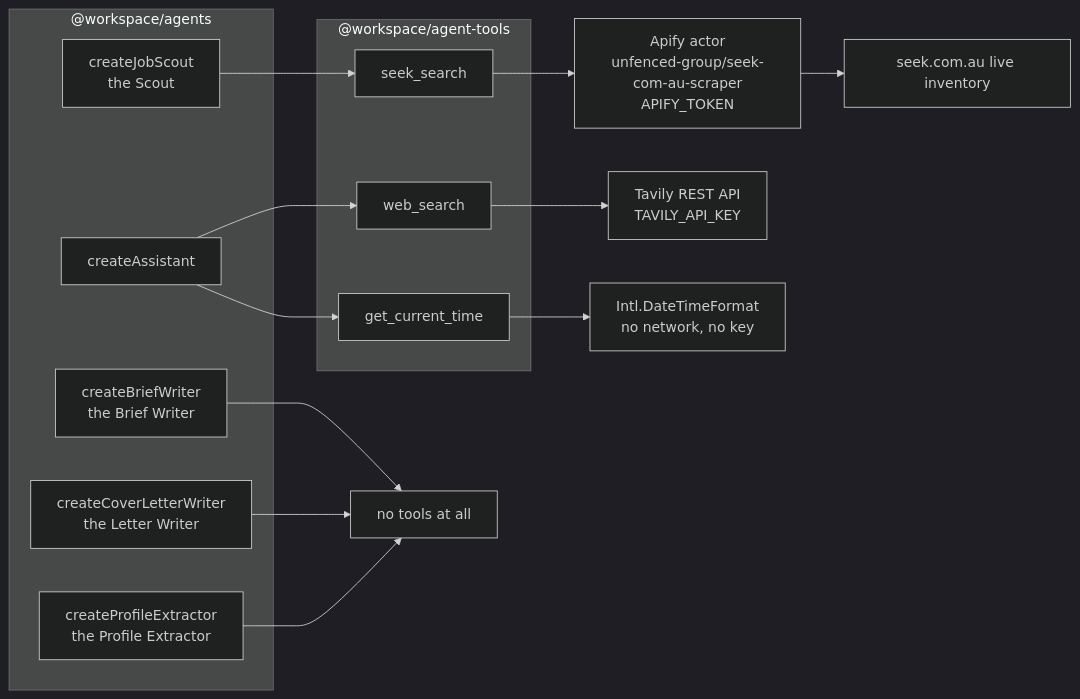
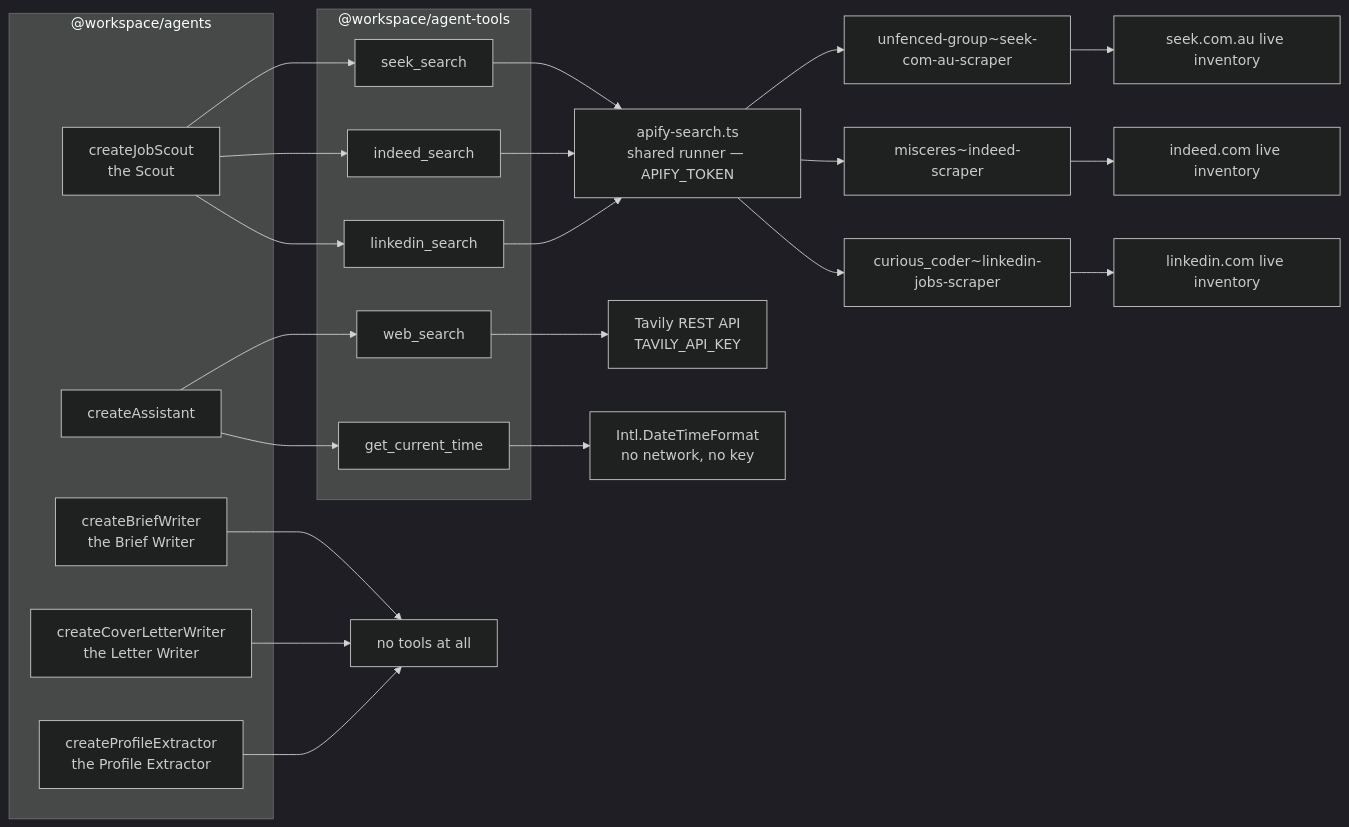
One commit to sunnyeyles/control-panel changed the third of 5 diagrams in docs/agent-architecture.md. Above: the diagram before and after it, drawn with Mermaid (dark theme). The commit also changed other lines of this file and 9 other files, not shown here.

````diff
--- a/docs/agent-architecture.md
+++ b/docs/agent-architecture.md
@@ -116,30 +116,41 @@
 ```mermaid
 flowchart LR
     subgraph named ["@workspace/agents"]
         SCOUT["createJobScout<br/>the Scout"]
         BW["createBriefWriter<br/>the Brief Writer"]
         CLW["createCoverLetterWriter<br/>the Letter Writer"]
         PE["createProfileExtractor<br/>the Profile Extractor"]
         ASST["createAssistant"]
     end
 
     subgraph catalog ["@workspace/agent-tools"]
         SEEK["seek_search"]
+        IND["indeed_search"]
+        LI["linkedin_search"]
         WEB["web_search"]
         TIME["get_current_time"]
     end
 
     NONE["no tools at all"]
 
     SCOUT --> SEEK
+    SCOUT --> IND
+    SCOUT --> LI
     ASST --> WEB
     ASST --> TIME
     BW --> NONE
     CLW --> NONE
     PE --> NONE
 
-    SEEK --> APIFY["Apify actor<br/>unfenced-group/seek-com-au-scraper<br/>APIFY_TOKEN"]
-    APIFY --> LIVE["seek.com.au live inventory"]
+    SEEK --> RUN["apify-search.ts<br/>shared runner — APIFY_TOKEN"]
+    IND --> RUN
+    LI --> RUN
+    RUN --> A1["unfenced-group~seek-com-au-scraper"]
+    RUN --> A2["misceres~indeed-scraper"]
+    RUN --> A3["curious_coder~linkedin-jobs-scraper"]
+    A1 --> L1["seek.com.au live inventory"]
+    A2 --> L2["indeed.com live inventory"]
+    A3 --> L3["linkedin.com live inventory"]
     WEB --> TAV["Tavily REST API<br/>TAVILY_API_KEY"]
     TIME --> INTL["Intl.DateTimeFormat<br/>no network, no key"]
 ```
````
